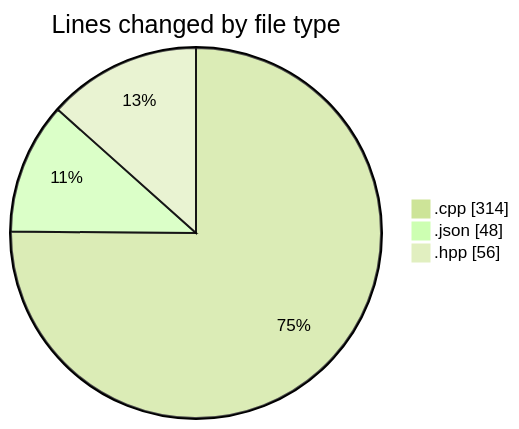
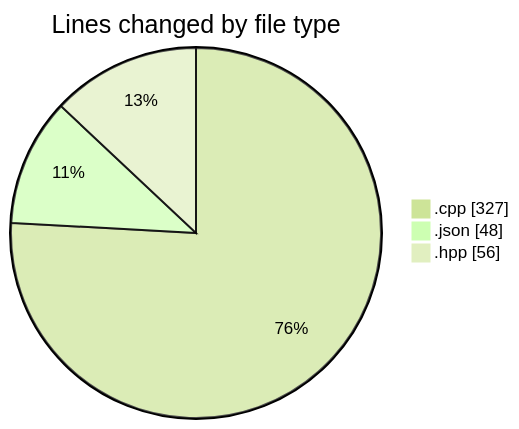
The first of 2 diagrams in 2025-04-28/date/README.md (Netris89/code-tracking), drawn with Mermaid (forest theme) before and after one commit. The commit also changed other lines of this file and 1 other file, not shown here.

````diff
--- a/2025-04-28/date/README.md
+++ b/2025-04-28/date/README.md
@@ -22,7 +22,7 @@
 ```mermaid
 pie showData
 title Lines changed by file type
-".cpp" : 314
+".cpp" : 327
 ".json" : 48
 ".hpp" : 56
 ```
````
